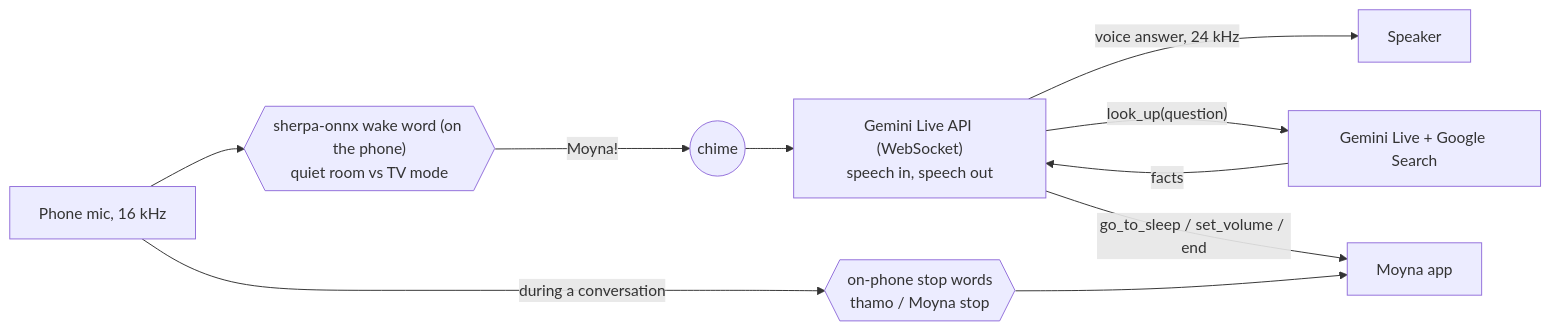
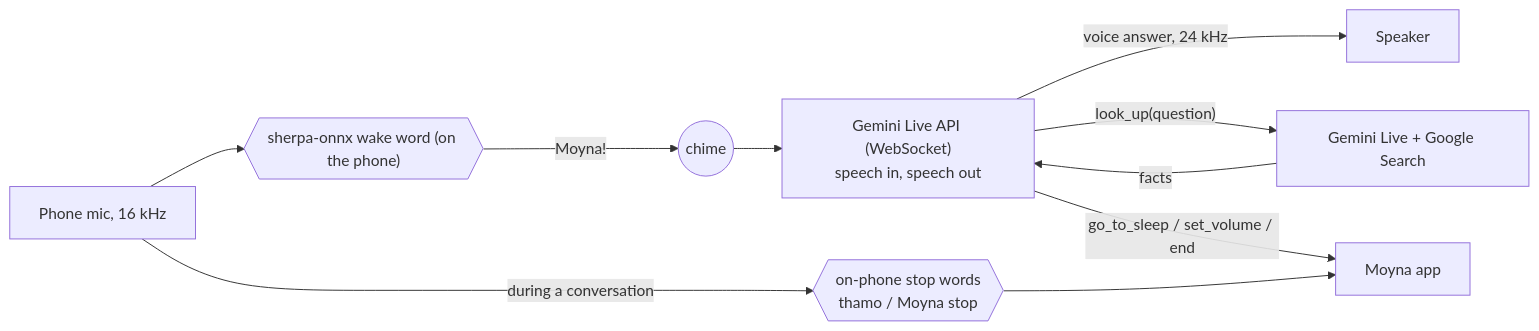
Before and after one commit to Intiseier/moyna-bengali-home-hub: the diagram in README.md, drawn with Mermaid. The commit also changed other lines of this file and 12 other files, not shown here.

````diff
--- a/README.md
+++ b/README.md
@@ -133,11 +137,11 @@
 ```mermaid
 flowchart LR
-    Mic[Phone mic, 16 kHz] --> KWS{{"sherpa-onnx wake word (on the phone)<br/>quiet room vs TV mode"}}
+    Mic[Phone mic, 16 kHz] --> KWS{{"sherpa-onnx wake word (on the phone)"}}
     KWS -- "Moyna!" --> Chime((chime))
     Chime --> Live["Gemini Live API (WebSocket)<br/>speech in, speech out"]
     Live -- "voice answer, 24 kHz" --> Speaker[Speaker]
     Live -- "look_up(question)" --> Search["Gemini Live + Google Search"]
     Search -- facts --> Live
     Live -- "go_to_sleep / set_volume / end" --> App[Moyna app]
     Mic -- "during a conversation" --> Stop{{"on-phone stop words<br/>thamo / Moyna stop"}} --> App
 ```
````
